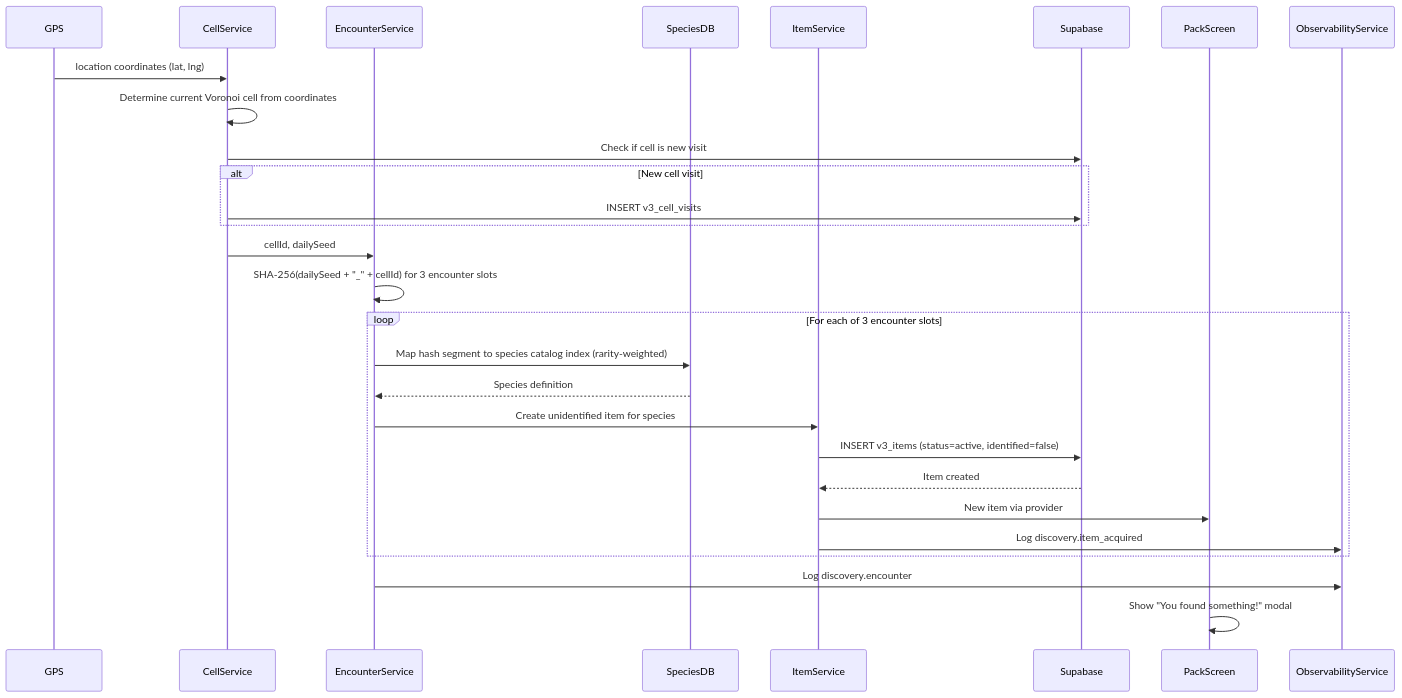
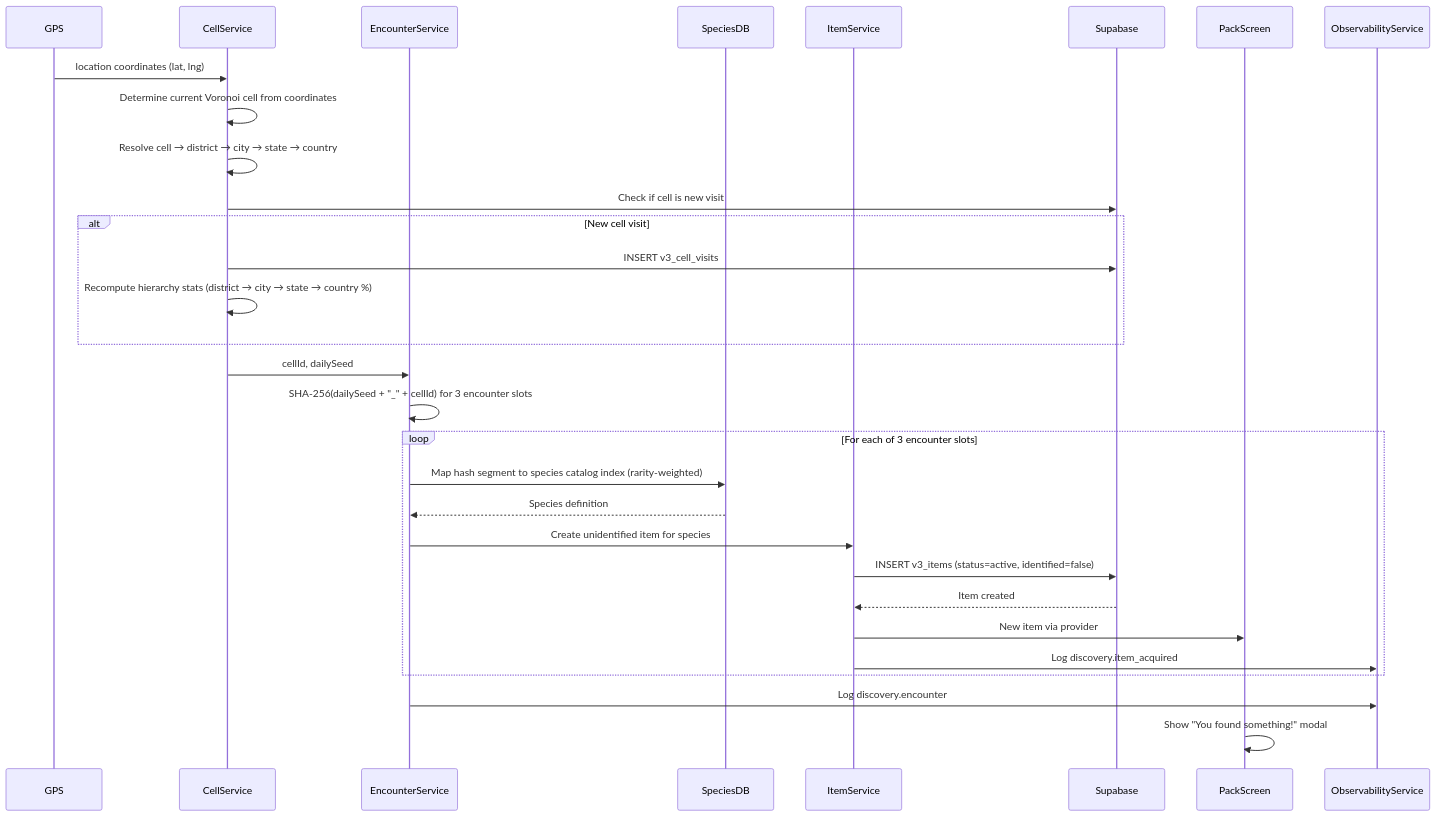
The diagram in docs/diagrams/solution/6-1-discovery-to-pack.mmd (JMLegere/geo-app), drawn with Mermaid before and after one commit. The commit also changed 13 other files, not shown here.

First line of the commit message:
docs: add A-branch solution diagrams + mark canvases approved (#436)

```diff
--- a/docs/diagrams/solution/6-1-discovery-to-pack.mmd
+++ b/docs/diagrams/solution/6-1-discovery-to-pack.mmd
@@ -1,33 +1,35 @@
 %% Status: NEEDS HUMAN REVIEW
 sequenceDiagram
     participant GPS
     participant CellService
     participant EncounterService
     participant SpeciesDB
     participant ItemService
     participant Supabase
     participant PackScreen
     participant ObservabilityService
 
     GPS->>CellService: location coordinates (lat, lng)
     CellService->>CellService: Determine current Voronoi cell from coordinates
+    CellService->>CellService: Resolve cell → district → city → state → country
     CellService->>Supabase: Check if cell is new visit
     alt New cell visit
         CellService->>Supabase: INSERT v3_cell_visits
+        CellService->>CellService: Recompute hierarchy stats (district → city → state → country %)
     end
 
     CellService->>EncounterService: cellId, dailySeed
     EncounterService->>EncounterService: SHA-256(dailySeed + "_" + cellId) for 3 encounter slots
 
     loop For each of 3 encounter slots
         EncounterService->>SpeciesDB: Map hash segment to species catalog index (rarity-weighted)
         SpeciesDB-->>EncounterService: Species definition
         EncounterService->>ItemService: Create unidentified item for species
         ItemService->>Supabase: INSERT v3_items (status=active, identified=false)
         Supabase-->>ItemService: Item created
         ItemService->>PackScreen: New item via provider
         ItemService->>ObservabilityService: Log discovery.item_acquired
     end
 
     EncounterService->>ObservabilityService: Log discovery.encounter
     PackScreen->>PackScreen: Show "You found something!" modal
```
